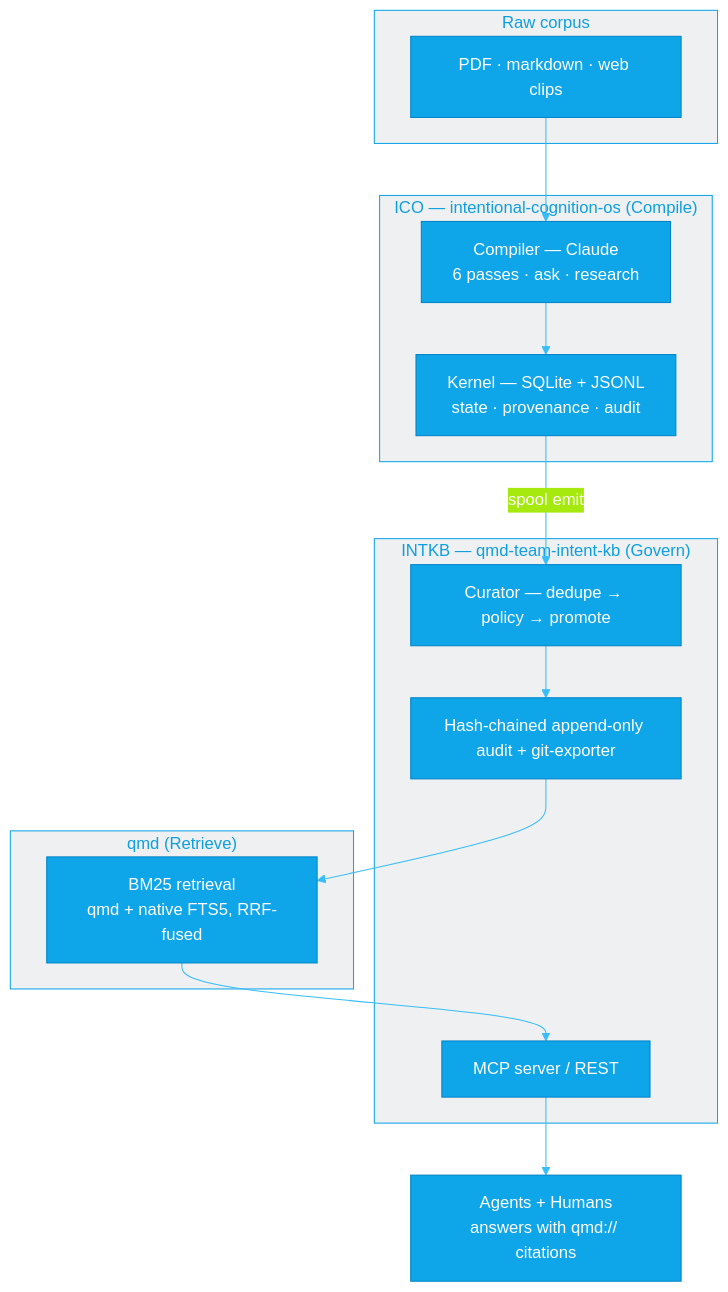
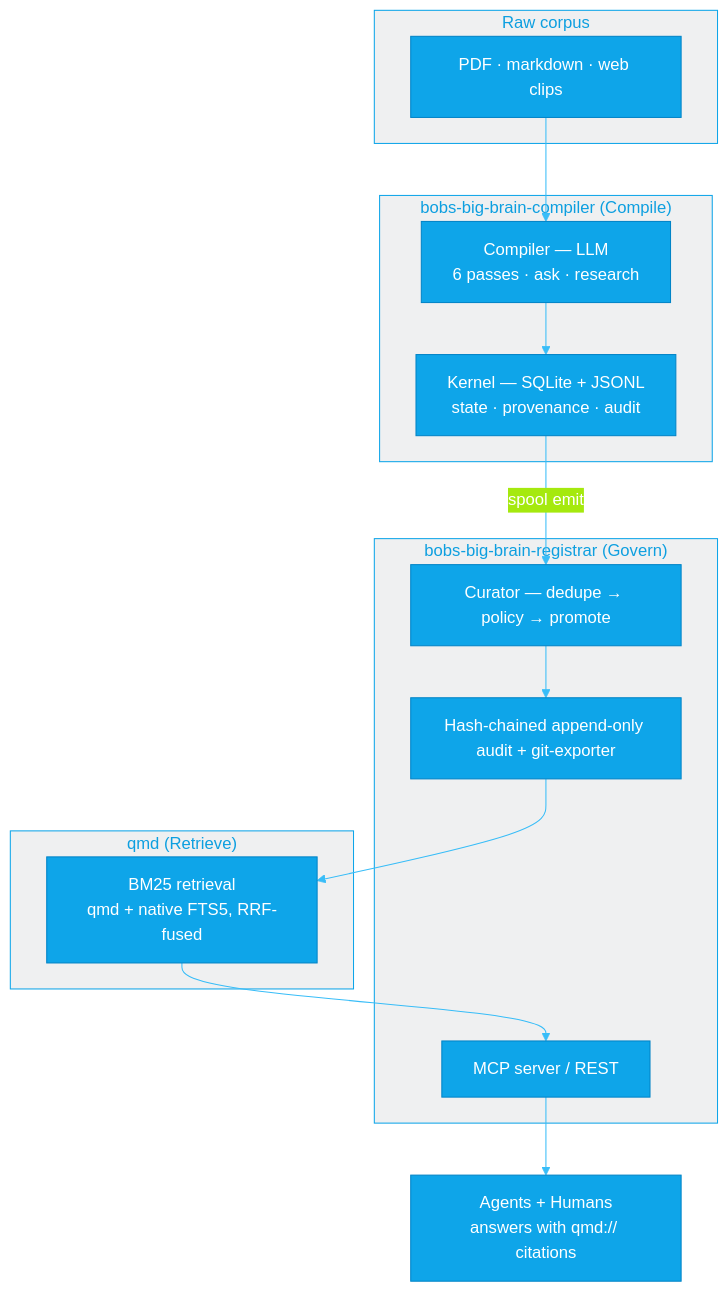
Before and after one commit to intent-solutions-io/governed-second-brain: the third of 3 diagrams in README.md, drawn with Mermaid. The commit also changed other lines of this file and 15 other files, not shown here.

````diff
--- a/README.md
+++ b/README.md
@@ -143,25 +143,25 @@
 ```mermaid
 %%{init: {'theme':'base','themeVariables':{
   'primaryColor':'#0ea5e9','primaryBorderColor':'#0284c7','primaryTextColor':'#ffffff',
   'lineColor':'#38bdf8','clusterBkg':'#0c192910','clusterBorder':'#0ea5e9'}}}%%
 flowchart TB
     subgraph SRC["Raw corpus"]
         D["PDF · markdown · web clips"]
     end
-    subgraph ICO["ICO — intentional-cognition-os (Compile)"]
+    subgraph ICO["bobs-big-brain-compiler (Compile)"]
         K["Kernel — SQLite + JSONL<br/>state · provenance · audit"]
-        C["Compiler — Claude<br/>6 passes · ask · research"]
+        C["Compiler — LLM<br/>6 passes · ask · research"]
     end
-    subgraph KB["INTKB — qmd-team-intent-kb (Govern)"]
+    subgraph KB["bobs-big-brain-registrar (Govern)"]
         CUR["Curator — dedupe → policy → promote"]
         AUD["Hash-chained append-only audit + git-exporter"]
         MCP["MCP server / REST"]
     end
     subgraph QMD["qmd (Retrieve)"]
         IDX["BM25 retrieval<br/>qmd + native FTS5, RRF-fused"]
     end
     D --> C --> K
     K -->|spool emit| CUR
     CUR --> AUD --> IDX
     IDX --> MCP --> Out["Agents + Humans<br/>answers with qmd:// citations"]
 ```
````
